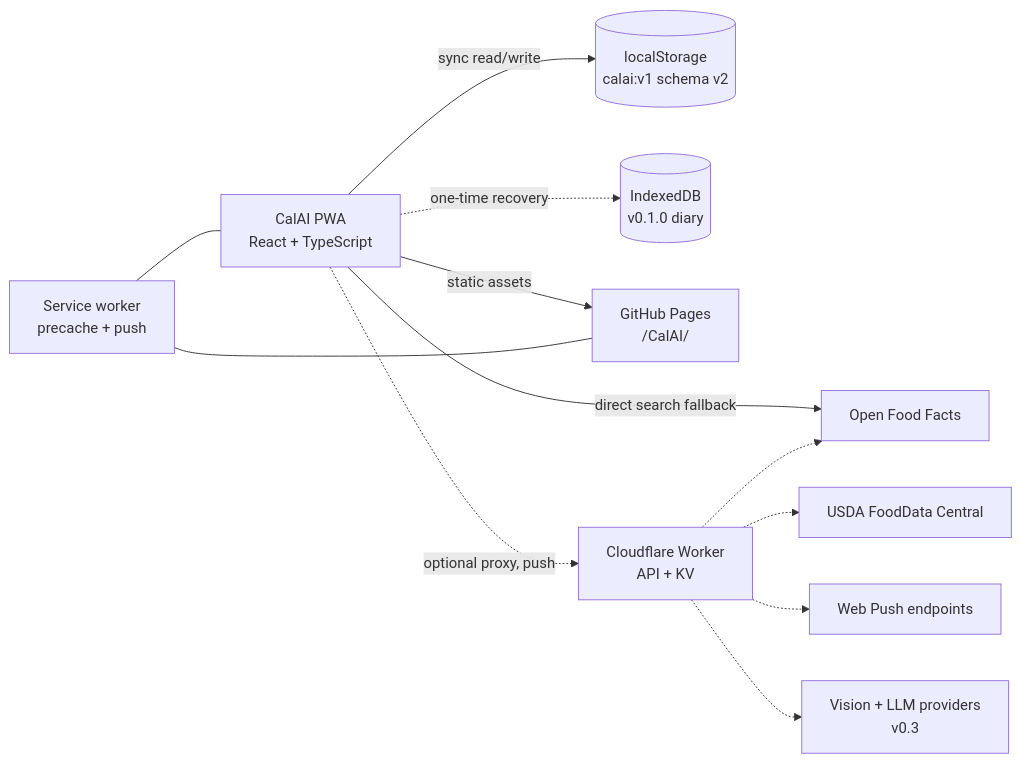
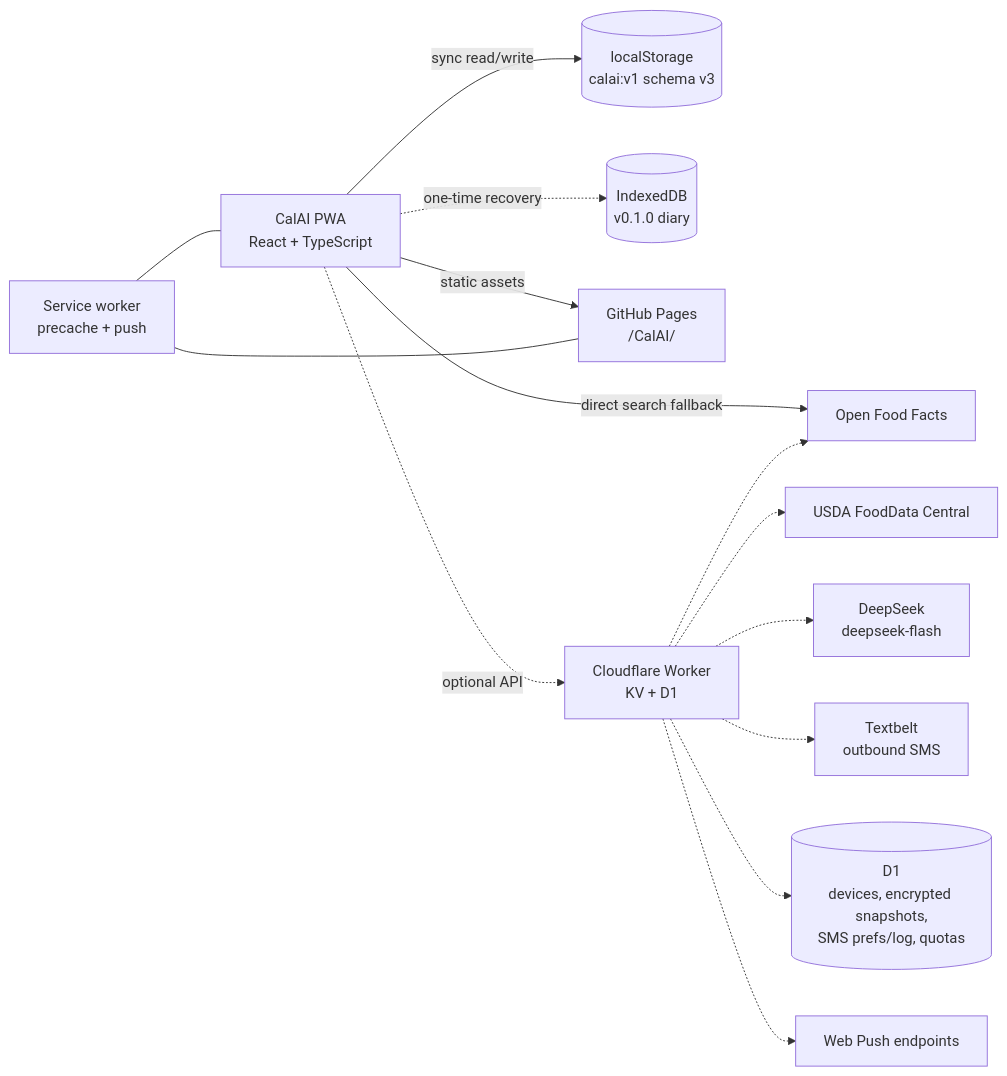
The diagram in docs/architecture.md (BrailleGov/CalAI), drawn with Mermaid before and after one commit. The commit also changed other lines of this file and 72 other files, not shown here.

````diff
--- a/docs/architecture.md
+++ b/docs/architecture.md
@@ -9,14 +9,16 @@
 ```mermaid
 flowchart LR
-  PWA["CalAI PWA<br/>React + TypeScript"] -->|sync read/write| LS[("localStorage<br/>calai:v1 schema v2")]
+  PWA["CalAI PWA<br/>React + TypeScript"] -->|sync read/write| LS[("localStorage<br/>calai:v1 schema v3")]
   PWA -.->|one-time recovery| LegacyIDB[("IndexedDB<br/>v0.1.0 diary")]
   PWA -->|static assets| Pages["GitHub Pages<br/>/CalAI/"]
   PWA -->|direct search fallback| OFF["Open Food Facts"]
-  PWA -.->|optional proxy, push| Worker["Cloudflare Worker<br/>API + KV"]
+  PWA -.->|optional API| Worker["Cloudflare Worker<br/>KV + D1"]
   Worker -.-> OFF
   Worker -.-> USDA["USDA FoodData Central"]
+  Worker -.-> DeepSeek["DeepSeek<br/>deepseek-flash"]
+  Worker -.-> Textbelt["Textbelt<br/>outbound SMS"]
+  Worker -.-> D1[("D1<br/>devices, encrypted snapshots,<br/>SMS prefs/log, quotas")]
   Worker -.-> Push["Web Push endpoints"]
-  Worker -.-> LLM["Vision + LLM providers<br/>v0.3"]
   SW["Service worker<br/>precache + push"] --- PWA
   SW --- Pages
 ```
````
